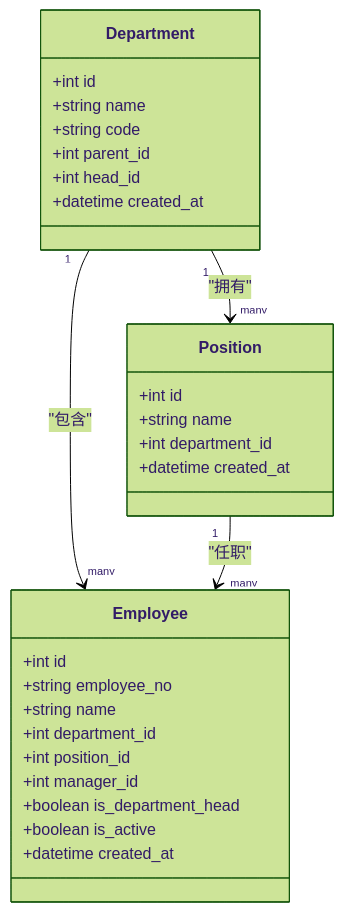
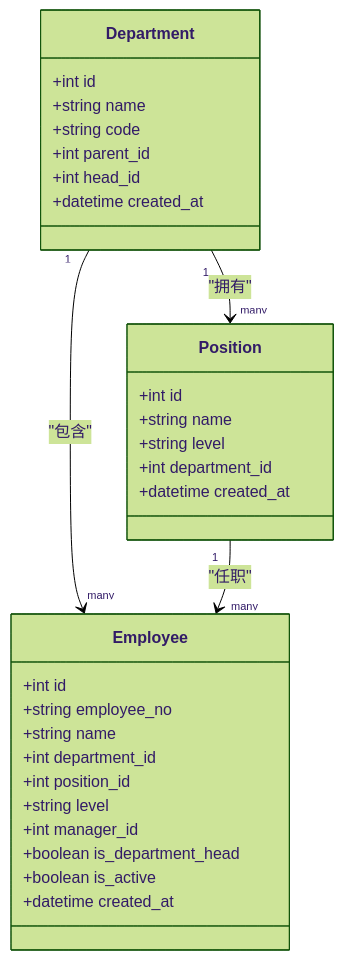
One commit to xgd561/performance_evaluation_system changed the third of 7 diagrams in .qoder/repowiki/zh/content/系统架构/数据库架构设计/ER图设计.md. Above: the diagram before and after it, drawn with Mermaid (forest theme). The commit also changed other lines of this file and 136 other files, not shown here.

````diff
--- a/.qoder/repowiki/zh/content/系统架构/数据库架构设计/ER图设计.md
+++ b/.qoder/repowiki/zh/content/系统架构/数据库架构设计/ER图设计.md
@@ -522,31 +586,33 @@
 ```mermaid
 classDiagram
 class Department {
 +int id
 +string name
 +string code
 +int parent_id
 +int head_id
 +datetime created_at
 }
 class Position {
 +int id
 +string name
++string level
 +int department_id
 +datetime created_at
 }
 class Employee {
 +int id
 +string employee_no
 +string name
 +int department_id
 +int position_id
++string level
 +int manager_id
 +boolean is_department_head
 +boolean is_active
 +datetime created_at
 }
 Department "1" --> "many" Position : "拥有"
 Department "1" --> "many" Employee : "包含"
 Position "1" --> "many" Employee : "任职"
 ```
````
